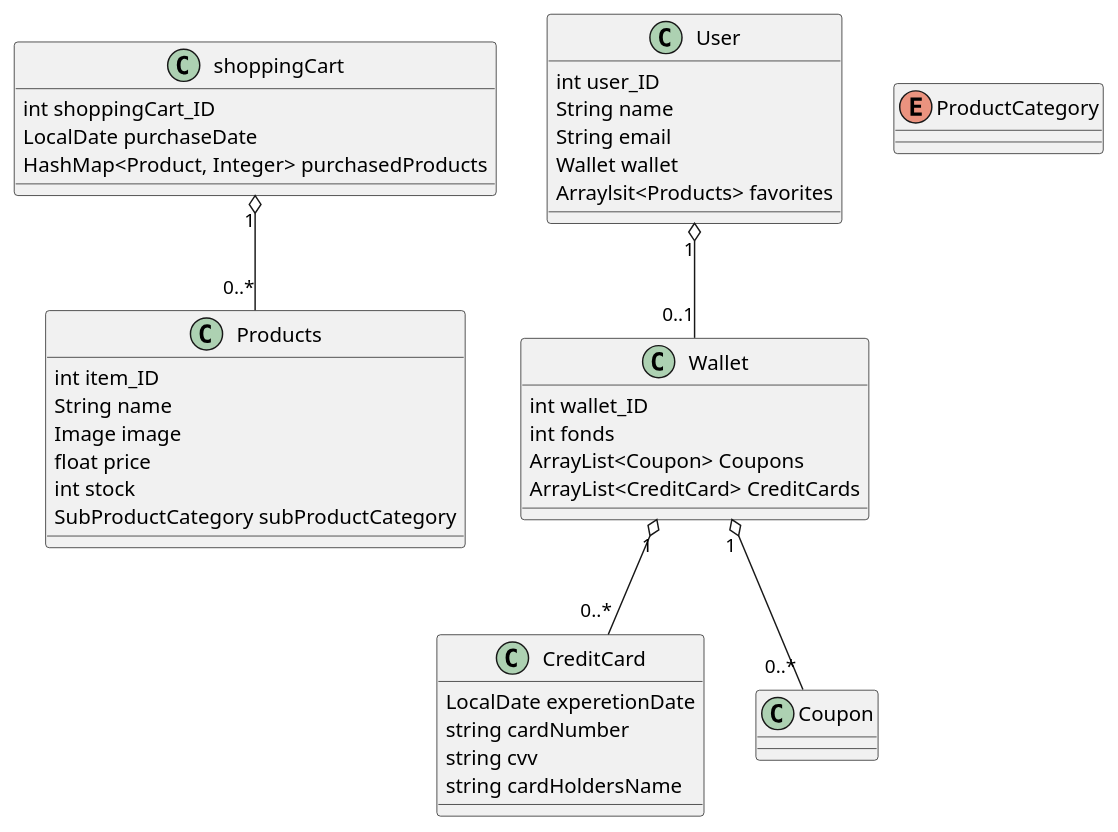
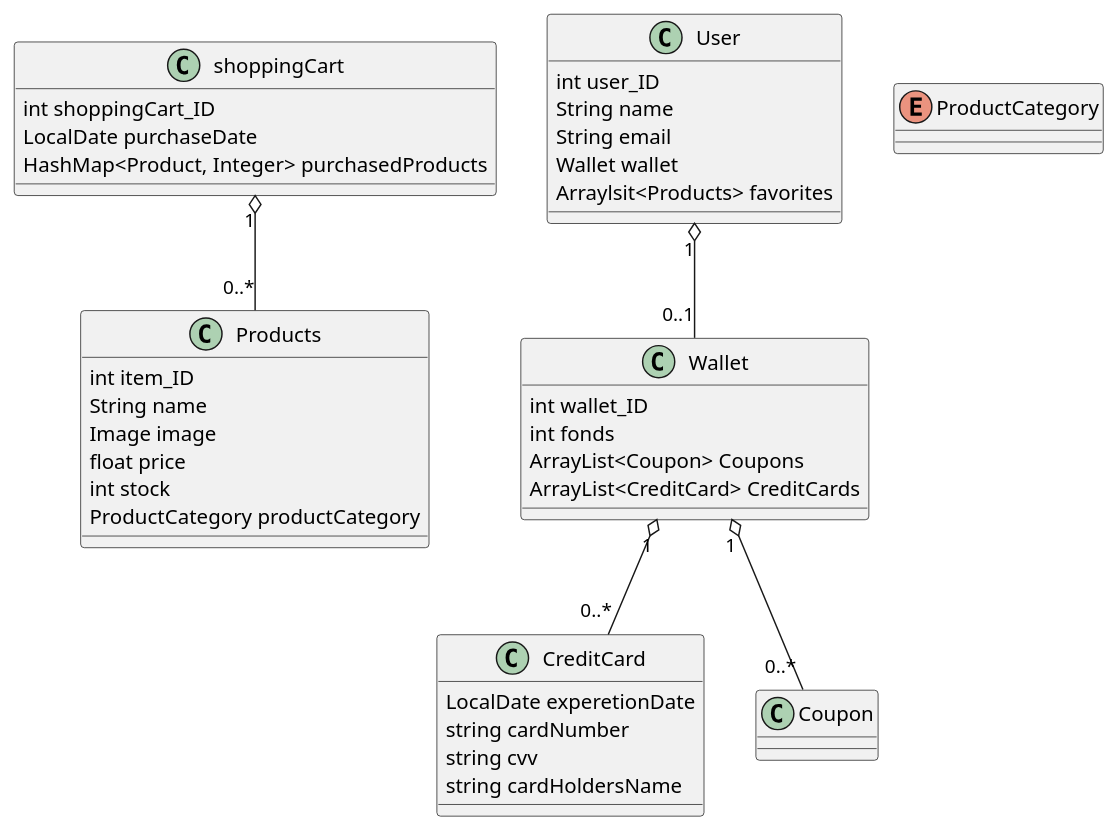
One commit to AJungersen/DDU-Eksamensprojekt changed the diagram in Class diagram.wsd. Above: the diagram before and after it, drawn with PlantUML. The commit also changed 14 other files, not shown here.

```diff
--- a/Class diagram.wsd
+++ b/Class diagram.wsd
@@ -1,53 +1,53 @@
 @startuml
 class Products {
     int item_ID
     String name
     Image image
     float price
     int stock
-    SubProductCategory subProductCategory
+    ProductCategory productCategory
 }
 
 class User {
     int user_ID
     String name
     String email
     Wallet wallet
     Arraylsit<Products> favorites
 }
 
 
 Class Wallet {
     int wallet_ID
     int fonds
     ArrayList<Coupon> Coupons
     ArrayList<CreditCard> CreditCards
 }
 
 class CreditCard {
     LocalDate experetionDate
     string cardNumber
     string cvv
     string cardHoldersName
 }
 
 class Coupon {
 
 }
 
 class shoppingCart {
     int shoppingCart_ID
     LocalDate purchaseDate
     HashMap<Product, Integer> purchasedProducts
 }
 
 enum ProductCategory {
 
 }
 
 Wallet "1" o-- "0..*" Coupon
 Wallet "1" o-- "0..*" CreditCard
 User "1" o-- "0..1" Wallet
 shoppingCart "1" o-- "0..*" Products
 
 @enduml
```
